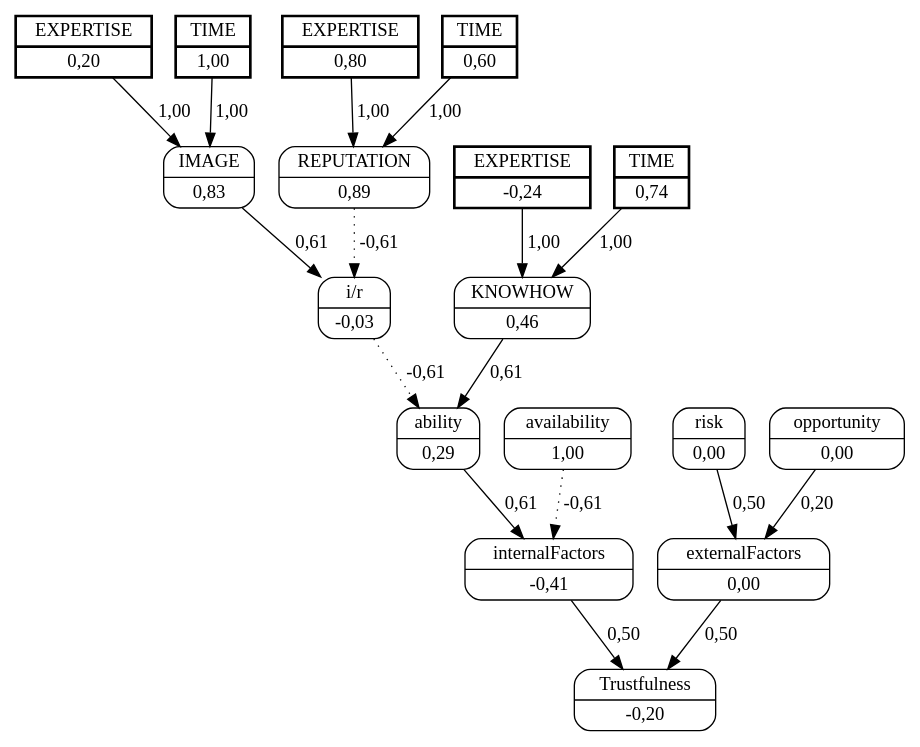
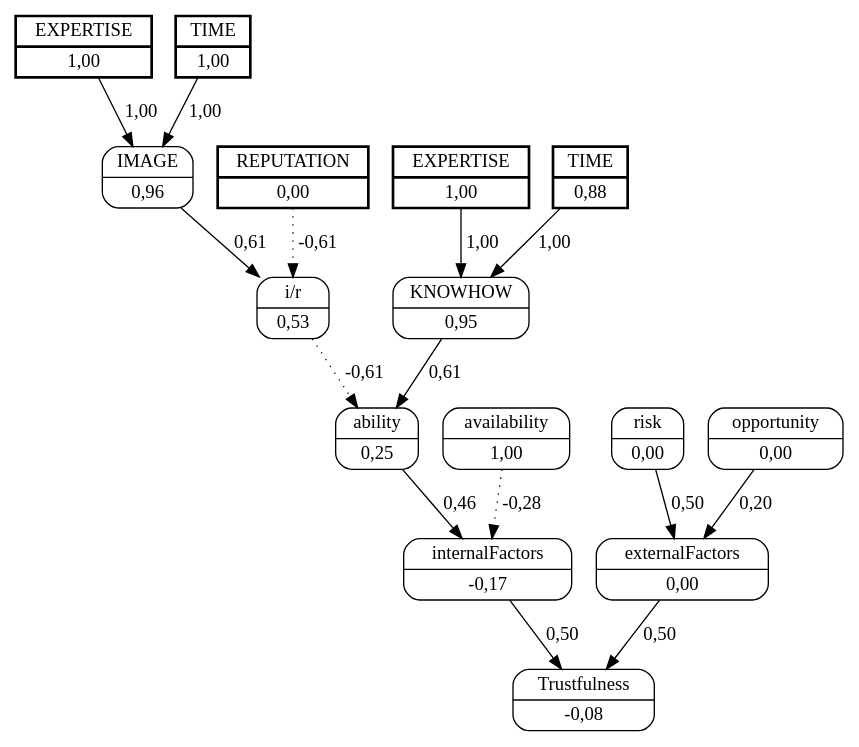
The diagram in unload_boxes/dots/truck_12worker_2.dot (jjbaqueta/unload_experiment), drawn with Graphviz before and after one commit. The commit also changed 297 other files, not shown here.

```diff
--- a/unload_boxes/dots/truck_12worker_2.dot
+++ b/unload_boxes/dots/truck_12worker_2.dot
@@ -1,38 +1,34 @@
 digraph FCM_net{
 	node [shape=record, style=rounded]
-	11 [label="{EXPERTISE | 0,20}", style=bold, penwidth=2, peripheries=2];
+	11 [label="{EXPERTISE | 1,00}", style=bold, penwidth=2, peripheries=2];
 	12 [label="{TIME | 1,00}", style=bold, penwidth=2, peripheries=2];
-	13 [label="{EXPERTISE | 0,80}", style=bold, penwidth=2, peripheries=2];
-	14 [label="{TIME | 0,60}", style=bold, penwidth=2, peripheries=2];
-	15 [label="{EXPERTISE | -0,24}", style=bold, penwidth=2, peripheries=2];
-	16 [label="{TIME | 0,74}", style=bold, penwidth=2, peripheries=2];
-	0 [label="{IMAGE | 0,83}"];
-	1 [label="{REPUTATION | 0,89}"];
-	2 [label="{KNOWHOW | 0,46}"];
-	3 [label="{i/r | -0,03}"];
-	4 [label="{ability | 0,29}"];
+	1 [label="{REPUTATION | 0,00}", style=bold, penwidth=2, peripheries=2];
+	13 [label="{EXPERTISE | 1,00}", style=bold, penwidth=2, peripheries=2];
+	14 [label="{TIME | 0,88}", style=bold, penwidth=2, peripheries=2];
+	0 [label="{IMAGE | 0,96}"];
+	1 [label="{REPUTATION | 0,00}"];
+	2 [label="{KNOWHOW | 0,95}"];
+	3 [label="{i/r | 0,53}"];
+	4 [label="{ability | 0,25}"];
 	5 [label="{availability | 1,00}"];
-	6 [label="{internalFactors | -0,41}"];
+	6 [label="{internalFactors | -0,17}"];
 	7 [label="{risk | 0,00}"];
 	8 [label="{opportunity | 0,00}"];
 	9 [label="{externalFactors | 0,00}"];
-	10 [label="{Trustfulness | -0,20}"];
-	11 [label="{EXPERTISE | 0,20}"];
-	13 [label="{EXPERTISE | 0,80}"];
+	10 [label="{Trustfulness | -0,08}"];
+	11 [label="{EXPERTISE | 1,00}"];
 	0 -> 3 [label = "0,61"];
 	1 -> 3 [label = "-0,61", style=dotted];
 	3 -> 4 [label = "-0,61", style=dotted];
 	2 -> 4 [label = "0,61"];
-	4 -> 6 [label = "0,61"];
-	5 -> 6 [label = "-0,61", style=dotted];
+	4 -> 6 [label = "0,46"];
+	5 -> 6 [label = "-0,28", style=dotted];
 	6 -> 10 [label = "0,50"];
 	7 -> 9 [label = "0,50"];
 	8 -> 9 [label = "0,20"];
 	9 -> 10 [label = "0,50"];
 	11 -> 0 [label = "1,00"];
 	12 -> 0 [label = "1,00"];
-	13 -> 1 [label = "1,00"];
-	14 -> 1 [label = "1,00"];
-	15 -> 2 [label = "1,00"];
-	16 -> 2 [label = "1,00"];
+	13 -> 2 [label = "1,00"];
+	14 -> 2 [label = "1,00"];
 }
```
